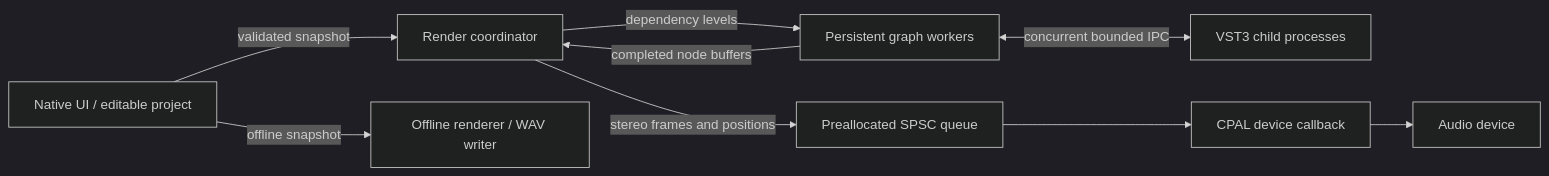
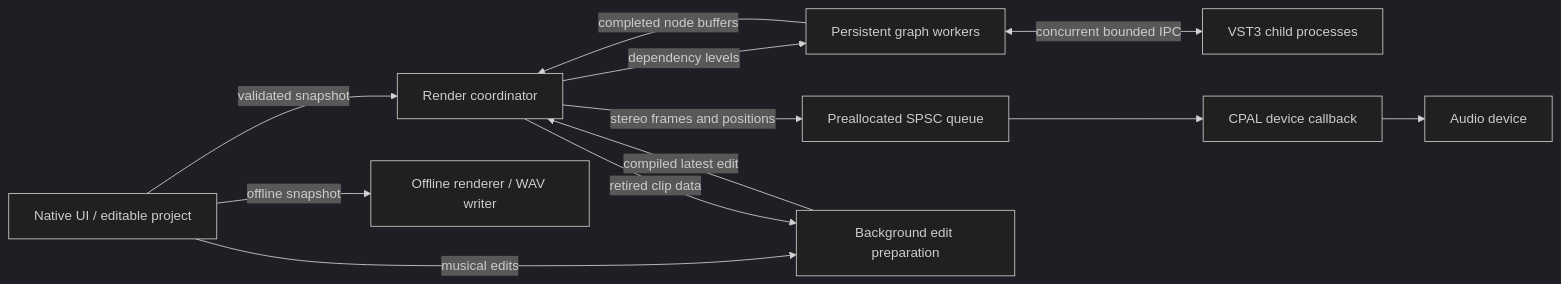
The diagram in docs/ARCHITECTURE.md (protocodus/rill-daw), drawn with Mermaid (dark theme) before and after one commit. The commit also changed other lines of this file and 15 other files, not shown here.

Commit message:
Preserve running audio and plugin instances through musical edits

````diff
--- a/docs/ARCHITECTURE.md
+++ b/docs/ARCHITECTURE.md
@@ -15,11 +15,14 @@
 ```mermaid
 flowchart LR
     UI[Native UI / editable project] -->|validated snapshot| Worker[Render coordinator]
     Worker -->|dependency levels| Pool[Persistent graph workers]
     Pool <-->|concurrent bounded IPC| Plugins[VST3 child processes]
     Pool -->|completed node buffers| Worker
     Worker -->|stereo frames and positions| Queue[Preallocated SPSC queue]
     Queue --> Callback[CPAL device callback]
     Callback --> Device[Audio device]
+    UI -->|musical edits| Prepare[Background edit preparation]
+    Prepare -->|compiled latest edit| Worker
+    Worker -->|retired clip data| Prepare
     UI -->|offline snapshot| Export[Offline renderer / WAV writer]
 ```
````
